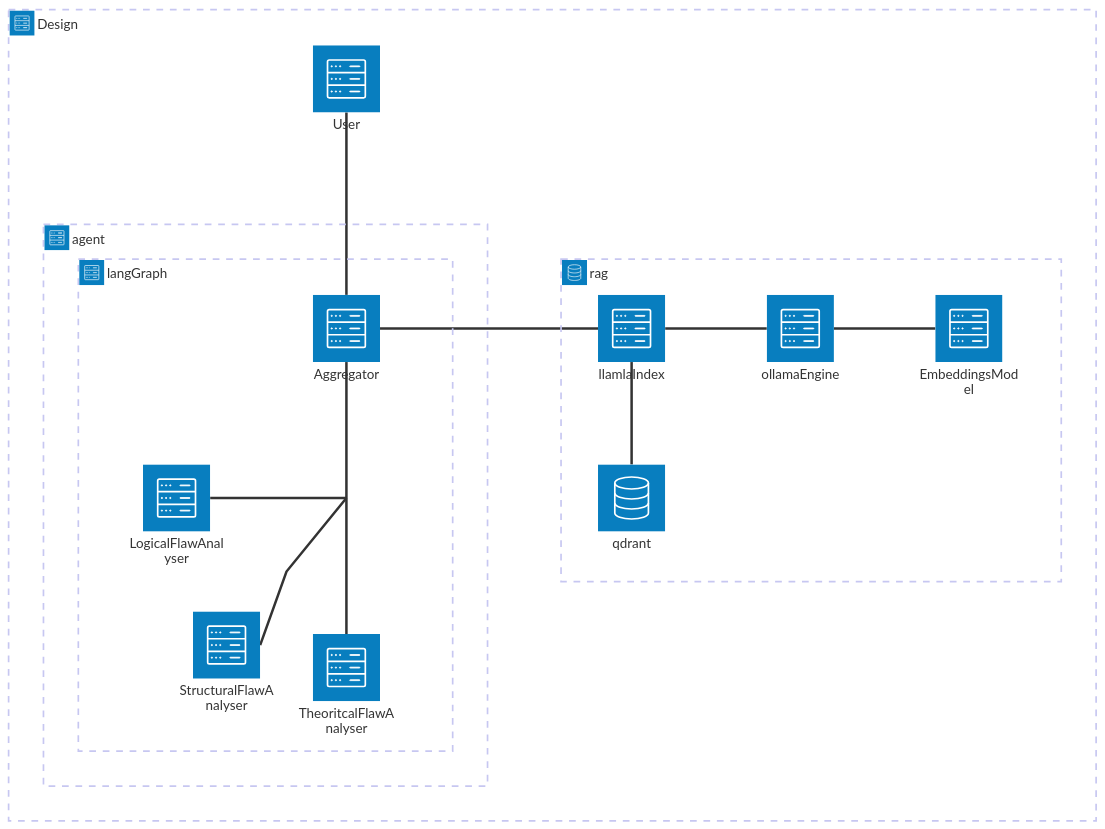
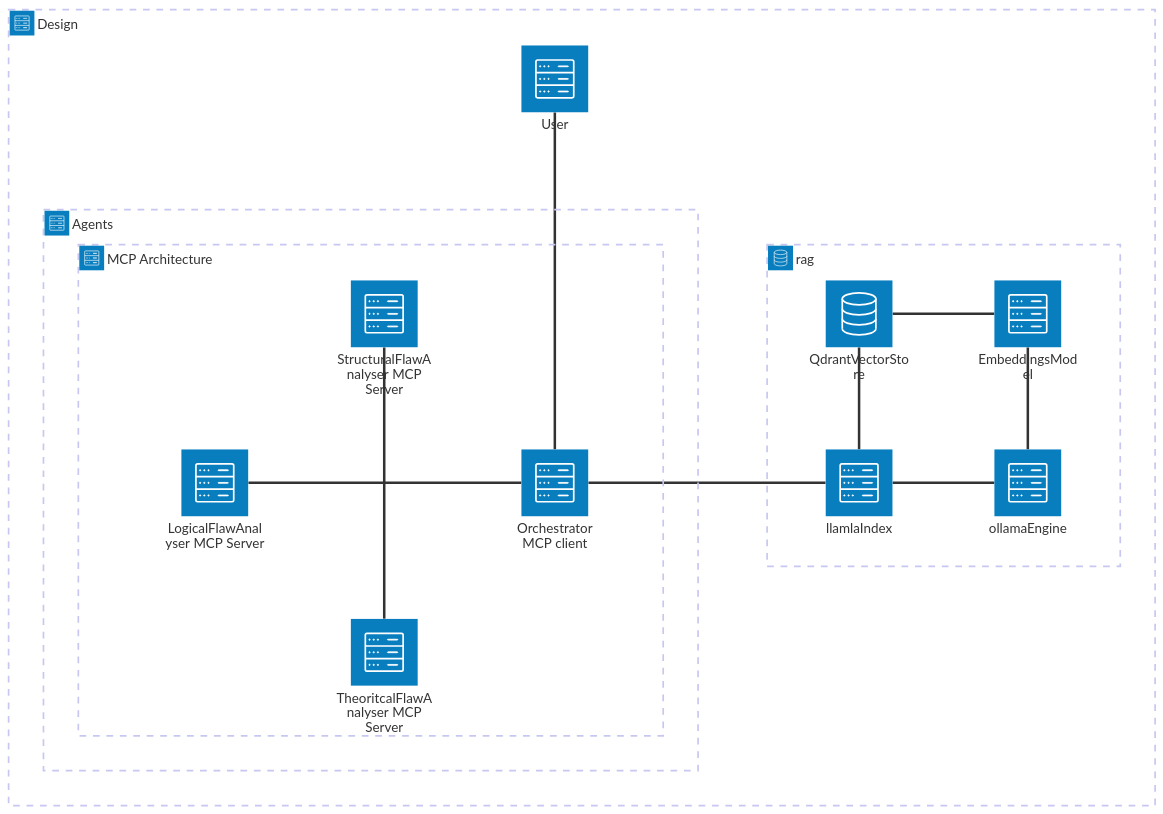
One commit to yankeygilbert/FLaap changed the diagram in README.md. Above: the diagram before and after it, drawn with Mermaid. The commit also changed 17976 other files, not shown here.

````diff
--- a/README.md
+++ b/README.md
@@ -19,34 +19,36 @@
 ```mermaid
 
 architecture-beta
+
     group Architecture(server)[Design]
         service user(server)[User] in Architecture
         group ragArch(database)[rag] in Architecture
             service llama(server)[llamlaIndex] in ragArch
             service ollama(server)[ollamaEngine] in ragArch
-            service qdrant(database)[qdrant] in ragArch
+            service qdrant(database)[QdrantVectorStore] in ragArch
             service Model(server)[EmbeddingsModel] in ragArch
 
             ollama:L -- R:llama 
-            llama:B -- T:qdrant
-            ollama:R -- L:Model
+            llama:T -- B:qdrant
+            ollama:T -- B:Model
+            qdrant:R -- L:Model
 
-        group tools(server)[agent] in Architecture
+        group tools(server)[Agents] in Architecture
 
-            group langGraph(server)[langGraph] in tools
-                service Struct(server)[StructuralFlawAnalyser] in langGraph
-                service logic(server)[LogicalFlawAnalyser] in langGraph
-                service  Hypo(server)[TheoritcalFlawAnalyser] in langGraph 
-                service Coordinator(server)[Aggregator] in langGraph
-                junction junctionCenter in langGraph
+            group MCP(server)[MCP Architecture] in tools
+                service Struct(server)[StructuralFlawAnalyser MCP Server] in MCP
+                service logic(server)[LogicalFlawAnalyser MCP Server] in MCP
+                service  Hypo(server)[TheoritcalFlawAnalyser MCP Server] in MCP 
+                service Coordinator(server)[Orchestrator MCP client] in MCP
+                junction junctionCenter in MCP
 
-                Coordinator:B -- T:junctionCenter
-                Struct:R -- L:junctionCenter
+                Coordinator:L -- R:junctionCenter
+                Struct:B -- T:junctionCenter
                 logic:R -- L:junctionCenter
                 Hypo:T -- B:junctionCenter
 
         user:B -- T:Coordinator
         Coordinator:R -- L:llama
 
 
 ```
````
